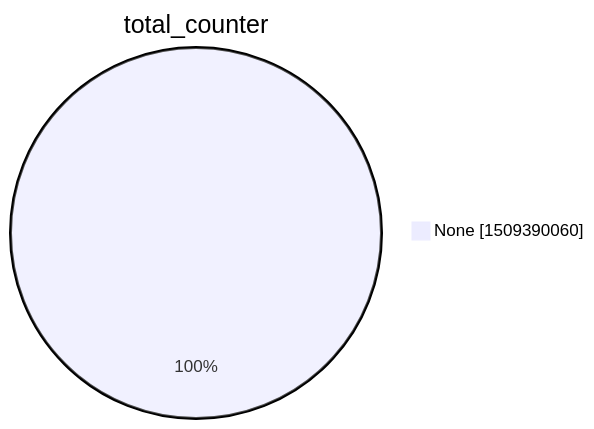
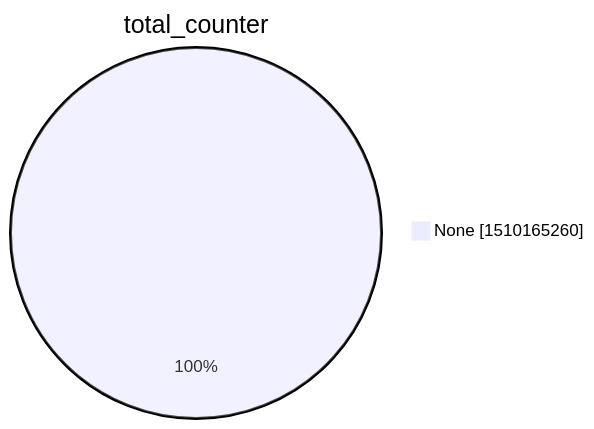
Before and after one commit to christiankrug/ctmonitor_visualization: the second of 15 diagrams in xenon2022/README.md, drawn with Mermaid. The commit also changed other lines of this file, not shown here.

````diff
--- a/xenon2022/README.md
+++ b/xenon2022/README.md
@@ -9,5 +9,5 @@
 ```mermaid
 pie showData
 title total_counter
-"None" :1509390060
+"None" :1510165260
 ```
````
